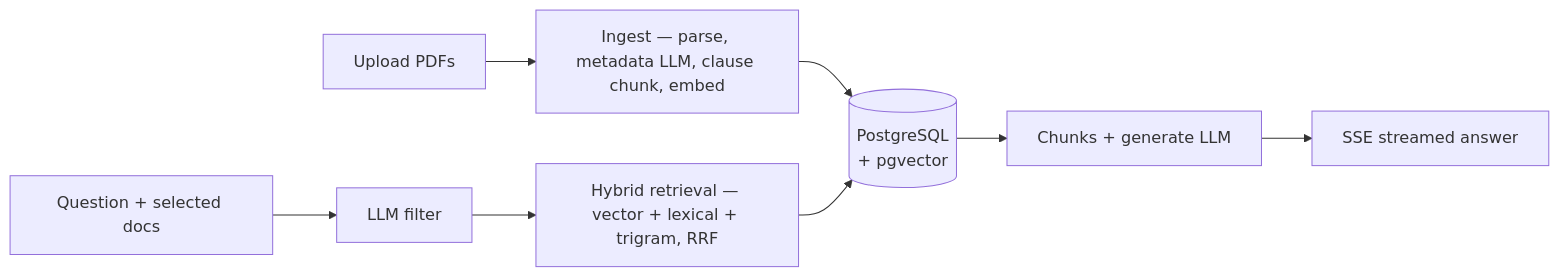
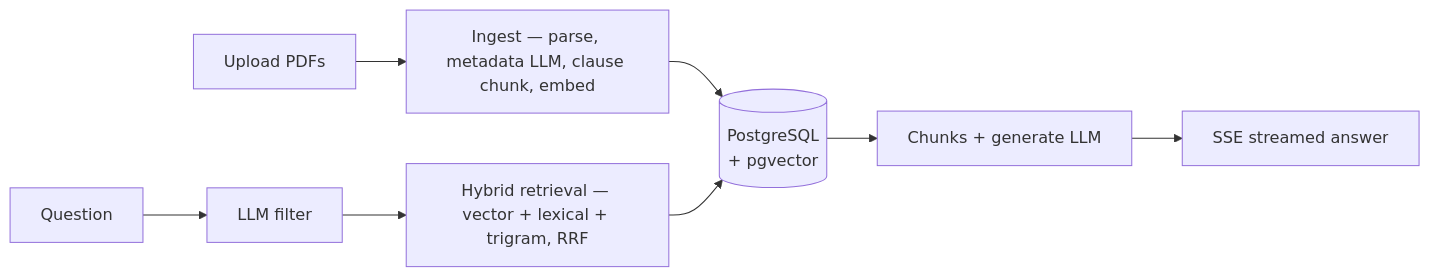
One commit to amadeuserras/leaseclear changed the diagram in README.md. Above: the diagram before and after it, drawn with Mermaid. The commit also changed other lines of this file, not shown here.

````diff
--- a/README.md
+++ b/README.md
@@ -20,11 +20,11 @@
 ```mermaid
 flowchart LR
   UP["Upload PDFs"] --> ING["Ingest — parse, metadata LLM, clause chunk, embed"]
   ING --> DB[("PostgreSQL<br>+ pgvector")]
 
-  SCOPE["Question + selected docs"] --> FIL["LLM filter"]
+  SCOPE["Question"] --> FIL["LLM filter"]
   FIL --> RET["Hybrid retrieval — vector + lexical + trigram, RRF"]
   RET --> DB
   DB --> GEN["Chunks + generate LLM"]
   GEN --> FE["SSE streamed answer"]
 ```
````
